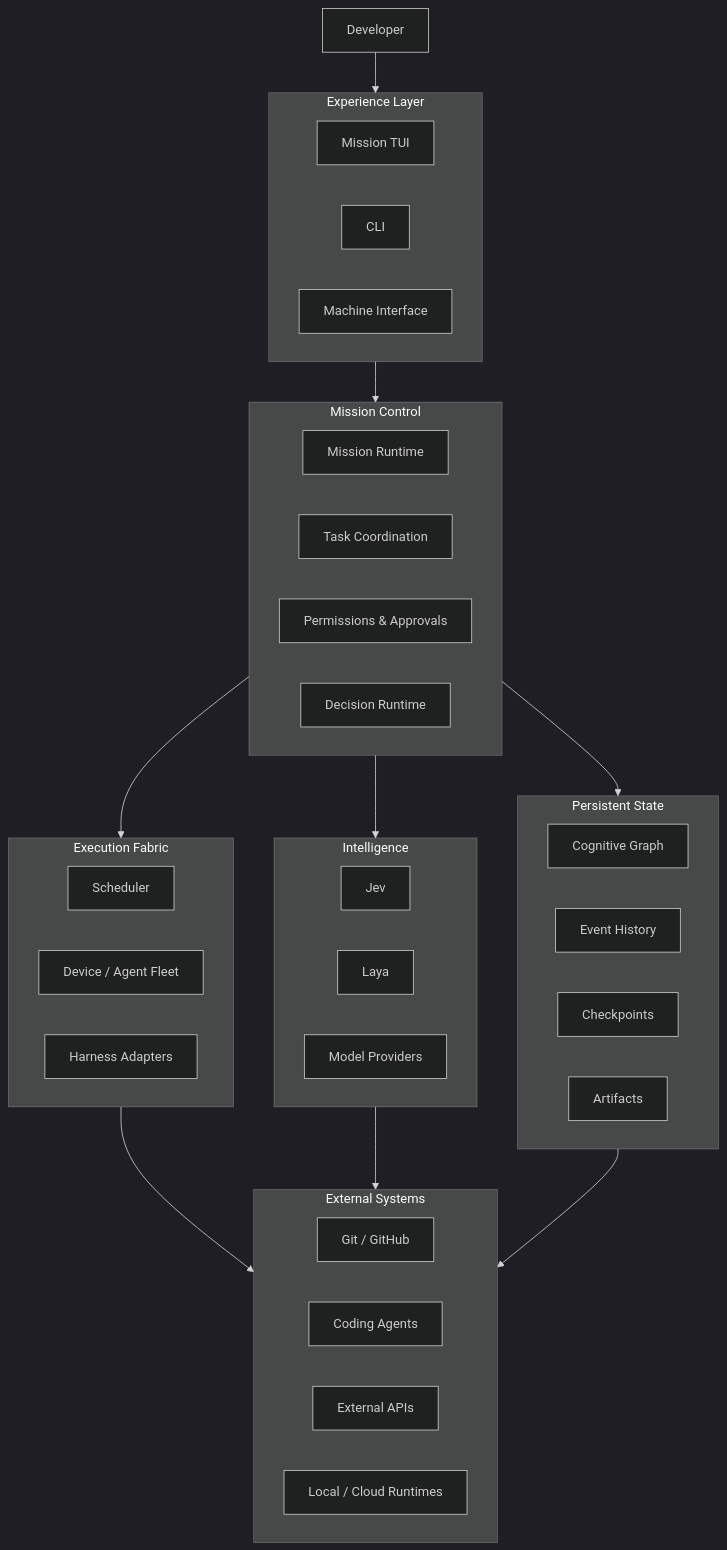
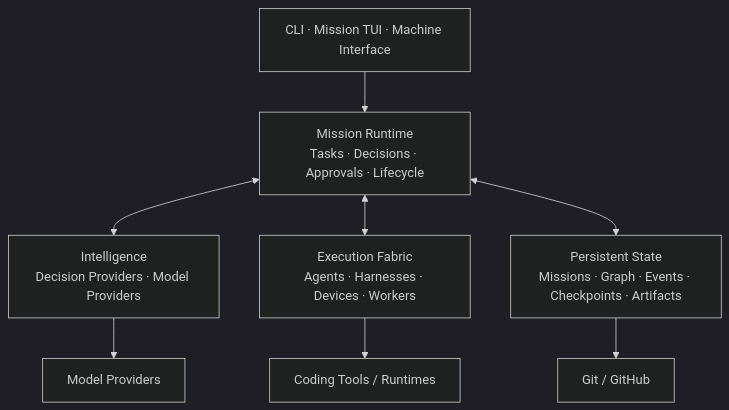
One commit to RayAKaan/EamilOS changed the sixth of 6 diagrams in README.md. Above: the diagram before and after it, drawn with Mermaid (dark theme). The commit also changed other lines of this file, not shown here.

Commit message:
docs: rebuild README around unified coding harness

````diff
--- a/README.md
+++ b/README.md
@@ -888,54 +458,21 @@
 ```mermaid
 flowchart TB
+    EXPERIENCE["CLI · Mission TUI · Machine Interface"]
 
-    USER["Developer"]
+    CONTROL["Mission Runtime<br/>Tasks · Decisions · Approvals · Lifecycle"]
 
-    subgraph EXPERIENCE["Experience Layer"]
-        TUI["Mission TUI"]
-        CLI["CLI"]
-        JSON["Machine Interface"]
-    end
+    INTELLIGENCE["Intelligence<br/>Decision Providers · Model Providers"]
 
-    subgraph CONTROL["Mission Control"]
-        MISSION["Mission Runtime"]
-        TASKS["Task Coordination"]
-        POLICY["Permissions & Approvals"]
-        DECISIONS["Decision Runtime"]
-    end
+    EXECUTION["Execution Fabric<br/>Agents · Harnesses · Devices · Workers"]
 
-    subgraph INTELLIGENCE["Intelligence"]
-        JEV["Jev"]
-        LAYA["Laya"]
-        MODELS["Model Providers"]
-    end
+    STATE["Persistent State<br/>Missions · Graph · Events · Checkpoints · Artifacts"]
 
-    subgraph EXECUTION["Execution Fabric"]
-        SCHEDULER["Scheduler"]
-        FLEET["Device / Agent Fleet"]
-        HARNESS["Harness Adapters"]
-    end
+    EXPERIENCE --> CONTROL
+    CONTROL <--> INTELLIGENCE
+    CONTROL <--> EXECUTION
+    CONTROL <--> STATE
 
-    subgraph STATE["Persistent State"]
-        GRAPH["Cognitive Graph"]
-        EVENTS["Event History"]
-        CHECKPOINTS["Checkpoints"]
-        ARTIFACTS["Artifacts"]
-    end
-
-    subgraph EXTERNAL["External Systems"]
-        GIT["Git / GitHub"]
-        AGENTS["Coding Agents"]
-        APIS["External APIs"]
-        RUNTIMES["Local / Cloud Runtimes"]
-    end
-
-    USER --> EXPERIENCE
-    EXPERIENCE --> CONTROL
-    CONTROL --> INTELLIGENCE
-    CONTROL --> EXECUTION
-    CONTROL --> STATE
-
-    EXECUTION --> EXTERNAL
-    INTELLIGENCE --> EXTERNAL
-    STATE --> EXTERNAL
+    EXECUTION --> EXTERNAL["Coding Tools / Runtimes"]
+    INTELLIGENCE --> PROVIDERS["Model Providers"]
+    STATE --> GIT["Git / GitHub"]
 ```
````
